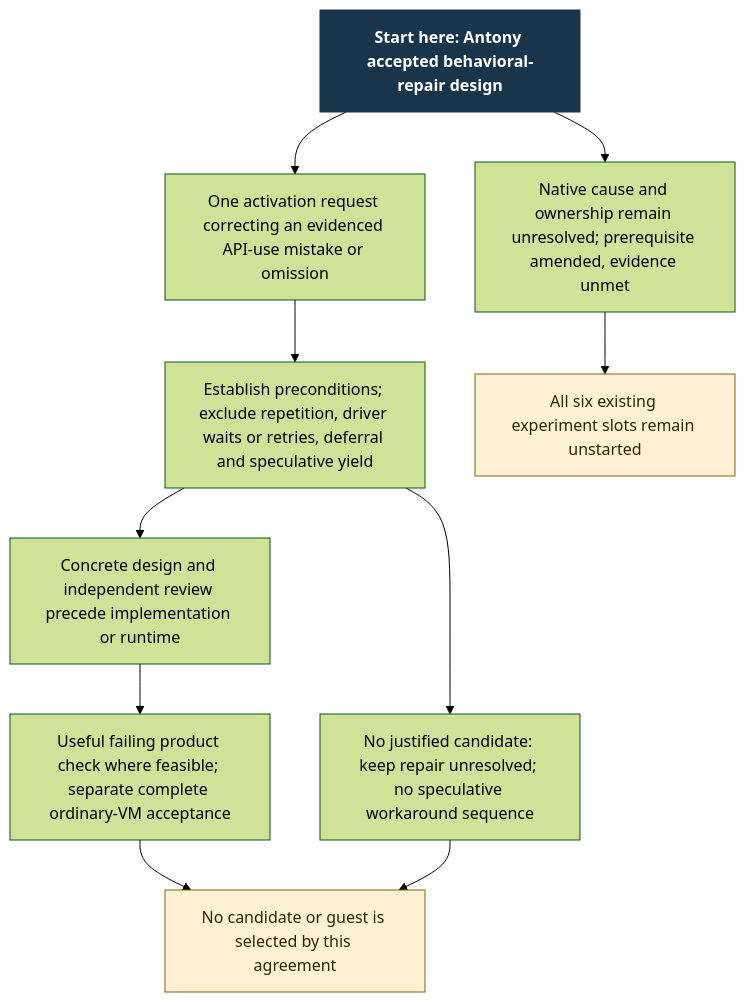
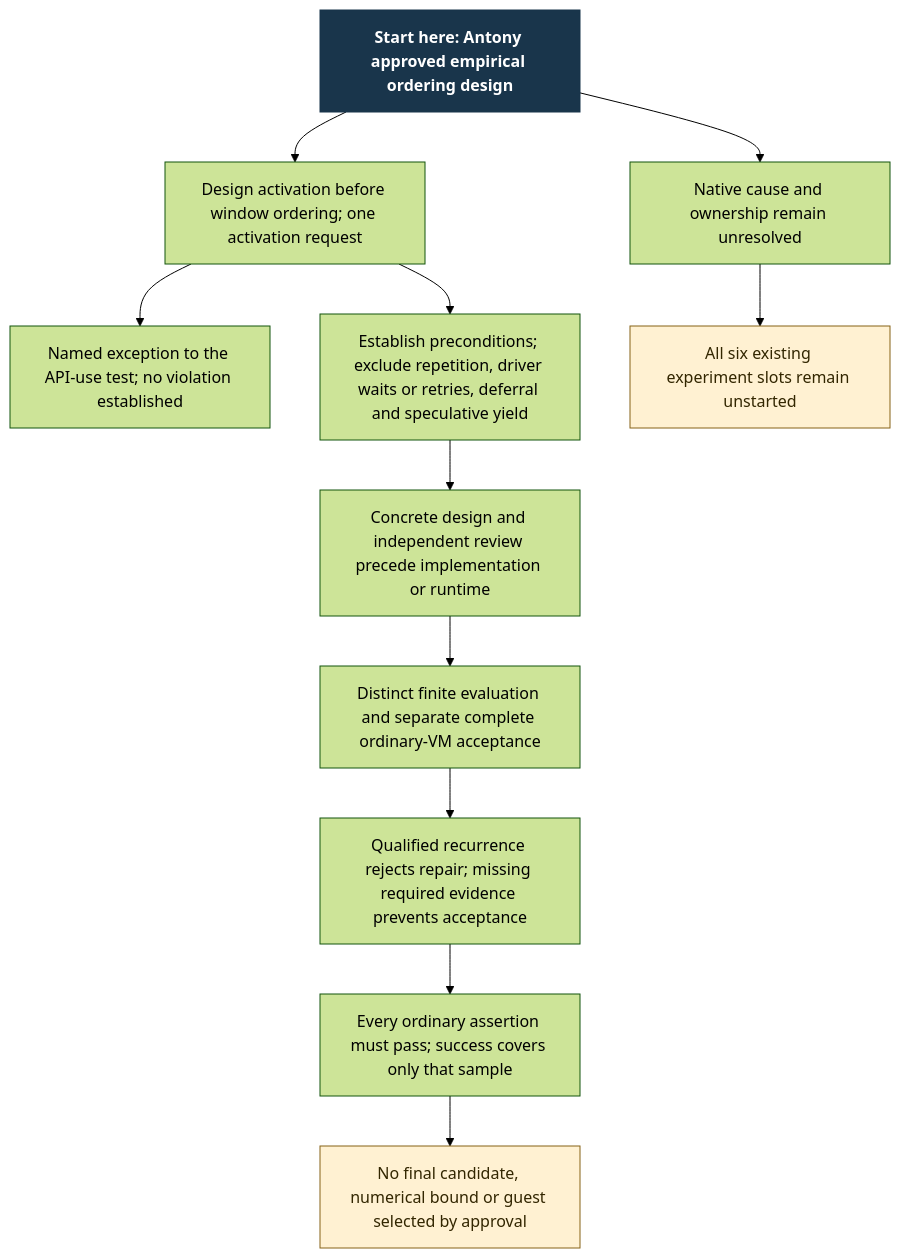
Before and after one commit to Linkuistics/Koine: the diagram in docs/design/architecture/settings-activation/scope-choice.mmd, drawn with Mermaid (forest theme). The commit also changed 16 other files, not shown here.

Commit message:
settings-activation-evaluation-scope-k46: record approval of empirical ordering design

```diff
--- a/docs/design/architecture/settings-activation/scope-choice.mmd
+++ b/docs/design/architecture/settings-activation/scope-choice.mmd
@@ -1,13 +1,14 @@
 flowchart TD
-    S["Start here: Antony accepted behavioral-repair design"]:::start
-    S --> A["One activation request correcting an evidenced API-use mistake or omission"]
+    S["Start here: Antony approved empirical ordering design"]:::start
+    S --> A["Design activation before window ordering; one activation request"]
+    A --> J["Named exception to the API-use test; no violation established"]
     A --> A1["Establish preconditions; exclude repetition, driver waits or retries, deferral and speculative yield"]
     A1 --> A2["Concrete design and independent review precede implementation or runtime"]
-    A2 --> T["Useful failing product check where feasible; separate complete ordinary-VM acceptance"]
-    A1 --> U["No justified candidate: keep repair unresolved; no speculative workaround sequence"]
-    S --> C["Native cause and ownership remain unresolved; prerequisite amended, evidence unmet"]
+    A2 --> T["Distinct finite evaluation and separate complete ordinary-VM acceptance"]
+    T --> F["Qualified recurrence rejects repair; missing required evidence prevents acceptance"]
+    F --> P["Every ordinary assertion must pass; success covers only that sample"]
+    S --> C["Native cause and ownership remain unresolved"]
     C --> H["All six existing experiment slots remain unstarted"]:::hold
-    T --> N["No candidate or guest is selected by this agreement"]:::hold
-    U --> N
+    P --> N["No final candidate, numerical bound or guest selected by approval"]:::hold
     classDef start fill:#19354b,color:#fff,font-weight:bold,stroke:#19354b
     classDef hold fill:#fff1d2,color:#322600,stroke:#866216
```
